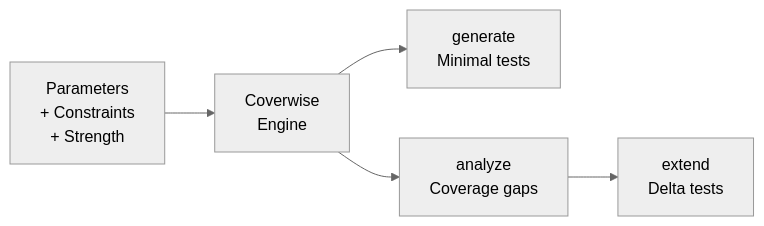
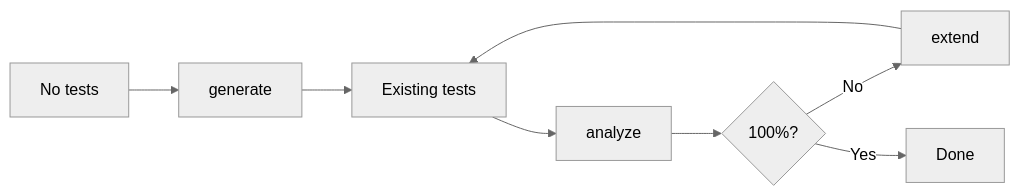
The diagram in README.md (libraz/coverwise), drawn with Mermaid (neutral theme) before and after one commit. The commit also changed other lines of this file and 29 other files, not shown here.

First line of the commit message:
feat(ts): add native TypeScript engine mirroring C++ architecture

````diff
--- a/README.md
+++ b/README.md
@@ -25,7 +19,10 @@
 ```mermaid
 graph LR
-    A["Parameters\n+ Constraints\n+ Strength"] --> B["Coverwise\nEngine"]
-    B --> C["generate\nMinimal tests"]
-    B --> D["analyze\nCoverage gaps"]
-    D --> E["extend\nDelta tests"]
+    A["Existing tests"] --> B["analyze"]
+    B --> C{"100%?"}
+    C -- No --> D["extend"]
+    D --> A
+    C -- Yes --> E["Done"]
+    F["No tests"] --> G["generate"]
+    G --> A
 ```
````
